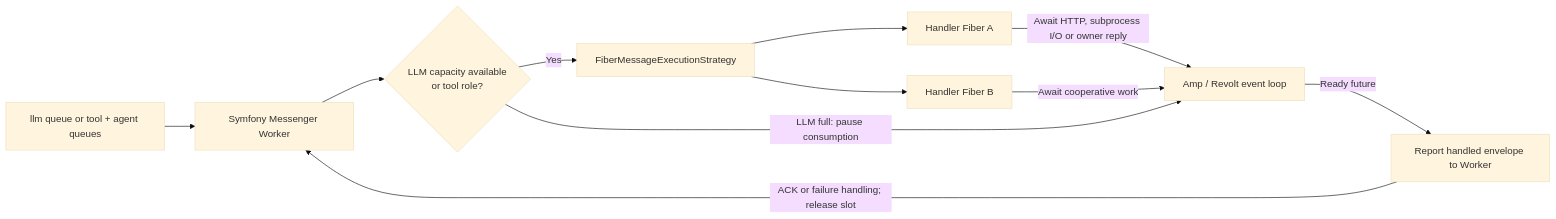
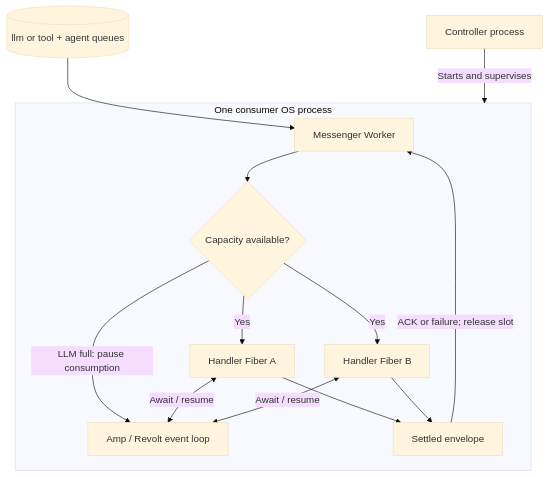
Before and after one commit to ineersa/agent-core: the diagram in architecture/processes-and-queues.md, drawn with Mermaid (base theme). The commit also changed other lines of this file and 43 other files, not shown here.

Commit message:
Refresh operational guides and runtime architecture documentation

````diff
--- a/architecture/processes-and-queues.md
+++ b/architecture/processes-and-queues.md
@@ -113,13 +44,16 @@
 ```mermaid
-flowchart LR
-    Queue["llm queue or tool + agent queues"] --> Worker[Symfony Messenger Worker]
-    Worker --> Capacity{LLM capacity available<br/>or tool role?}
-    Capacity -->|Yes| Strategy[FiberMessageExecutionStrategy]
-    Strategy --> A[Handler Fiber A]
-    Strategy --> B[Handler Fiber B]
-    A -->|Await HTTP, subprocess I/O or owner reply| Loop[Amp / Revolt event loop]
-    B -->|Await cooperative work| Loop
-    Capacity -->|LLM full: pause consumption| Loop
-    Loop -->|Ready future| Settle[Report handled envelope to Worker]
-    Settle -->|ACK or failure handling; release slot| Worker
+flowchart TB
+    Controller["Controller process"] -->|Starts and supervises| Consumer
+    Queue[(llm or tool + agent queues)] --> Worker
+    subgraph Consumer["One consumer OS process"]
+        Worker["Messenger Worker"] --> Admission{"Capacity available?"}
+        Admission -->|Yes| A["Handler Fiber A"]
+        Admission -->|Yes| B["Handler Fiber B"]
+        Admission -->|LLM full: pause consumption| Loop["Amp / Revolt event loop"]
+        A <-->|Await / resume| Loop
+        B <-->|Await / resume| Loop
+        A --> Done["Settled envelope"]
+        B --> Done
+        Done -->|ACK or failure; release slot| Worker
+    end
 ```
````
